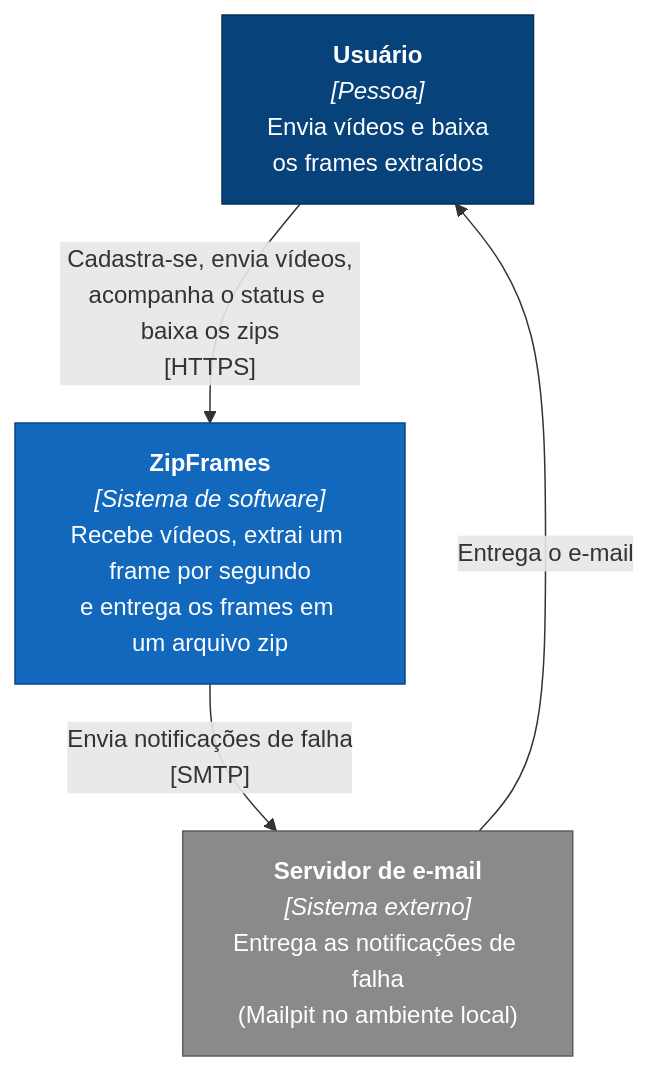
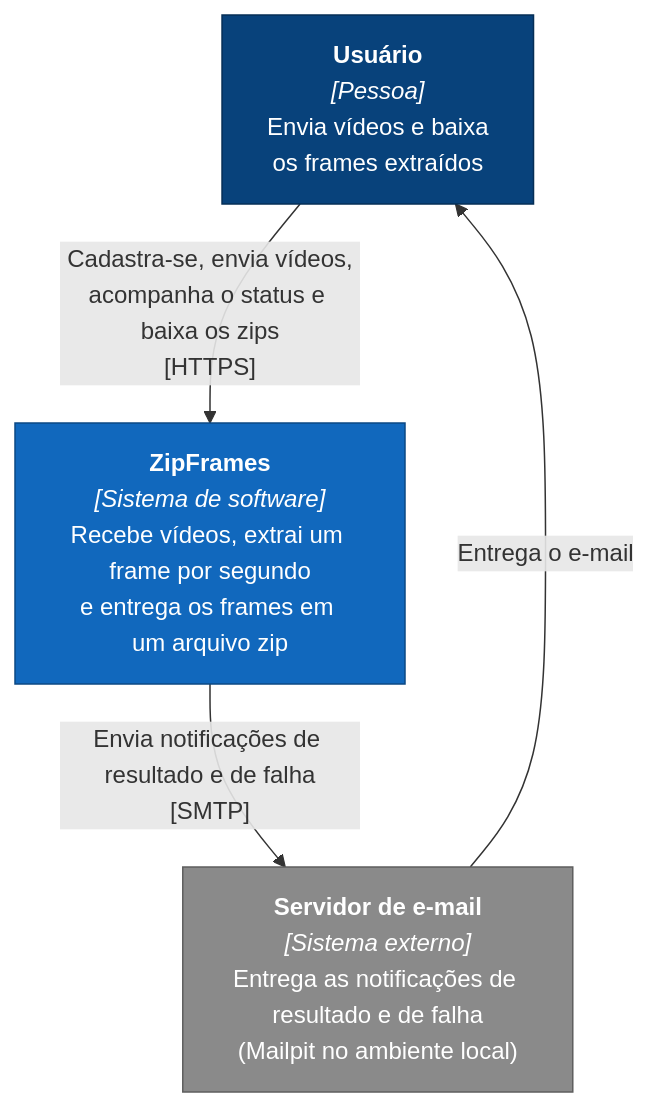
The diagram in docs/domain/c4/01-contexto.md (knzt/zipframes), drawn with Mermaid before and after one commit. The commit also changed 124 other files, not shown here.

````diff
--- a/docs/domain/c4/01-contexto.md
+++ b/docs/domain/c4/01-contexto.md
@@ -5,17 +5,17 @@
 ```mermaid
 flowchart TB
   user["<b>Usuário</b><br/><i>[Pessoa]</i><br/>Envia vídeos e baixa<br/>os frames extraídos"]
   system["<b>ZipFrames</b><br/><i>[Sistema de software]</i><br/>Recebe vídeos, extrai um frame por segundo<br/>e entrega os frames em um arquivo zip"]
-  smtp["<b>Servidor de e-mail</b><br/><i>[Sistema externo]</i><br/>Entrega as notificações de falha<br/>(Mailpit no ambiente local)"]
+  smtp["<b>Servidor de e-mail</b><br/><i>[Sistema externo]</i><br/>Entrega as notificações de resultado e de falha<br/>(Mailpit no ambiente local)"]
 
   user -- "Cadastra-se, envia vídeos,<br/>acompanha o status e baixa os zips<br/>[HTTPS]" --> system
-  system -- "Envia notificações de falha<br/>[SMTP]" --> smtp
+  system -- "Envia notificações de resultado e de falha<br/>[SMTP]" --> smtp
   smtp -- "Entrega o e-mail" --> user
 
   classDef person fill:#08427b,stroke:#052e56,color:#ffffff
   classDef internal fill:#1168bd,stroke:#0b4884,color:#ffffff
   classDef external fill:#8a8a8a,stroke:#5e5e5e,color:#ffffff
   class user person
   class system internal
   class smtp external
 ```
````
